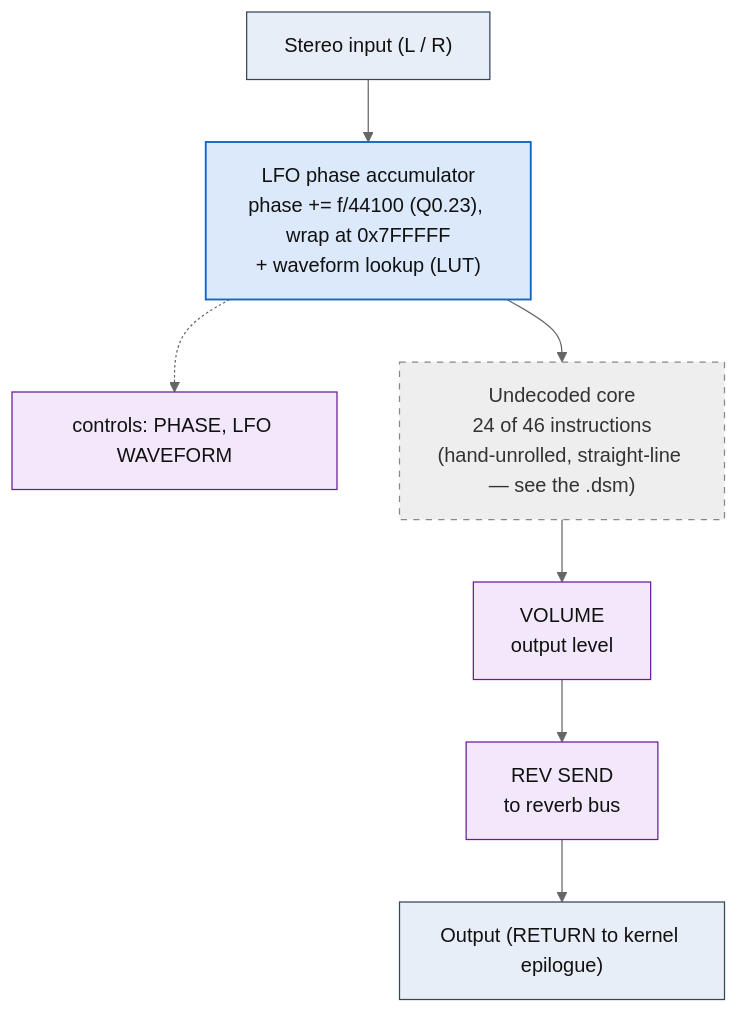
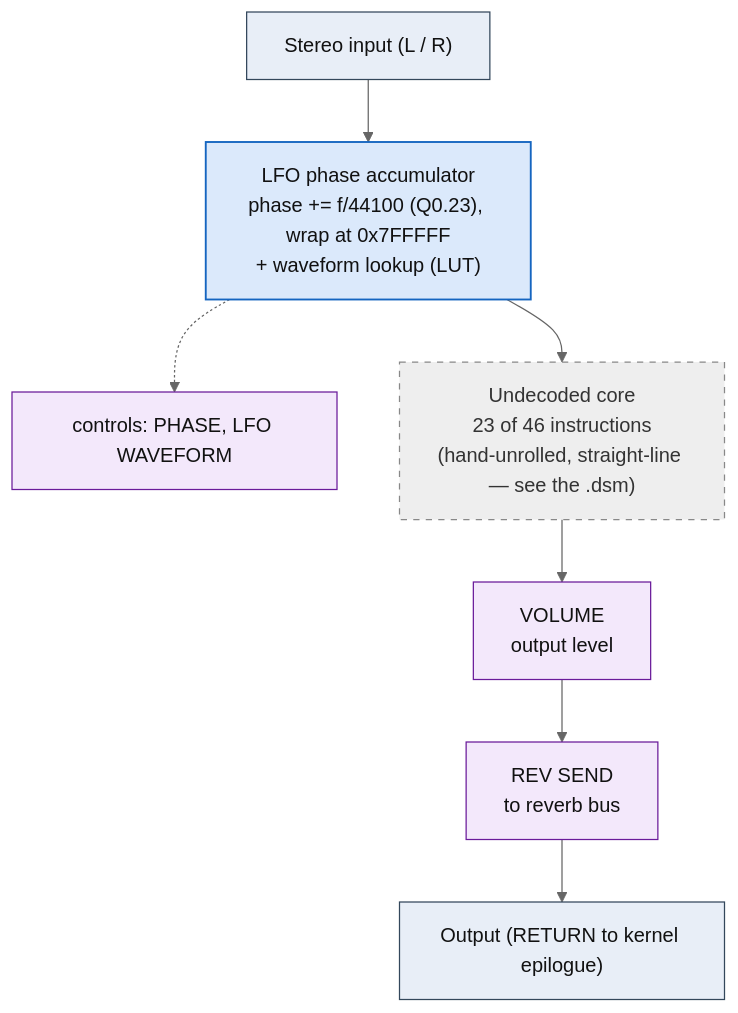
The diagram in dsp/flowcharts/prog54_ring_modulator.md (ArqueologiaDigital/kn5000-roms-disasm), drawn with Mermaid (neutral theme) before and after one commit. The commit also changed other lines of this file and 78 other files, not shown here.

````diff
--- a/dsp/flowcharts/prog54_ring_modulator.md
+++ b/dsp/flowcharts/prog54_ring_modulator.md
@@ -12,27 +12,27 @@
 ```mermaid
 flowchart TD
     N0["Stereo input (L / R)"]
     N1["LFO phase accumulator<br/>phase += f/44100 (Q0.23), wrap at 0x7FFFFF<br/>+ waveform lookup (LUT)"]
     N0 --> N1
     N2["controls: PHASE, LFO WAVEFORM"]
     N1 -.-> N2
-    N3["Undecoded core<br/>24 of 46 instructions<br/>(hand-unrolled, straight-line &mdash; see the .dsm)"]
+    N3["Undecoded core<br/>23 of 46 instructions<br/>(hand-unrolled, straight-line &mdash; see the .dsm)"]
     N1 --> N3
     N4["VOLUME<br/>output level"]
     N3 --> N4
     N5["REV SEND<br/>to reverb bus"]
     N4 --> N5
     N6["Output (RETURN to kernel epilogue)"]
     N5 --> N6
 
     classDef io fill:#e8eef7,stroke:#33475b,stroke-width:1px,color:#111;
     classDef proven fill:#d7f0d7,stroke:#2e7d32,stroke-width:2px,color:#111;
     classDef measured fill:#dbe9fb,stroke:#1565c0,stroke-width:1.5px,color:#111;
     classDef inferred fill:#fdf0d5,stroke:#b8860b,stroke-width:1.5px,color:#111;
     classDef open fill:#eeeeee,stroke:#888,stroke-width:1px,color:#333,stroke-dasharray:5 5;
     classDef ctrl fill:#f3e8fb,stroke:#6a1b9a,stroke-width:1px,color:#111;
     class N0,N6 io;
     class N1 measured;
     class N2,N4,N5 ctrl;
     class N3 open;
 ```
````
